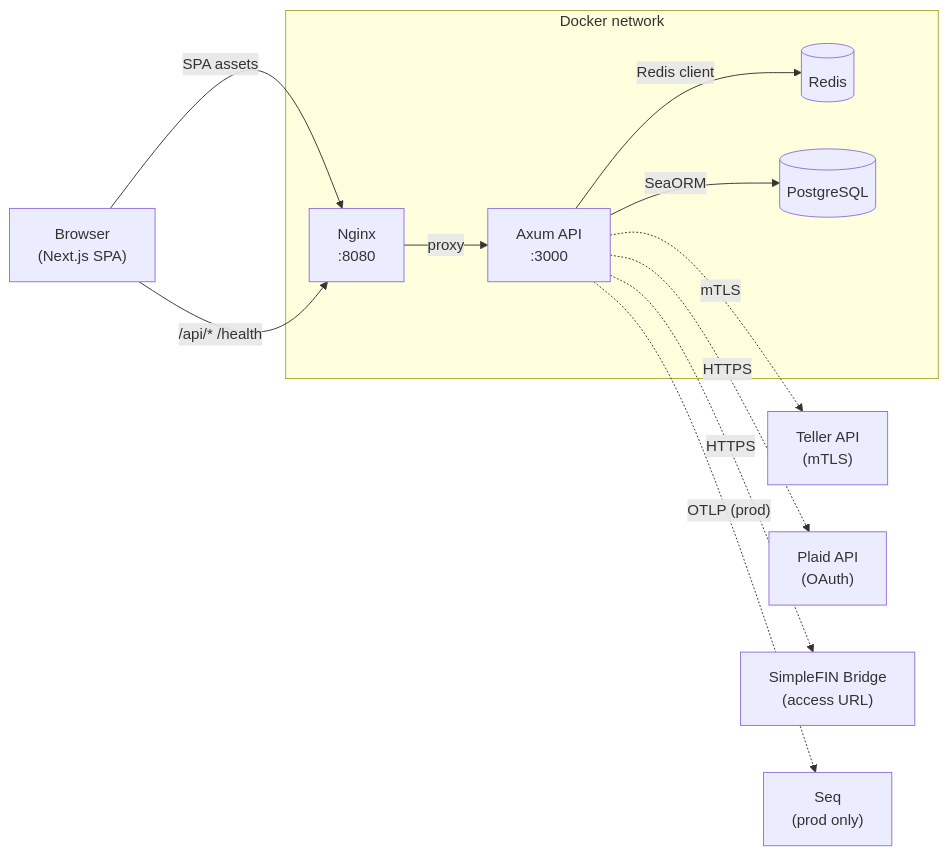
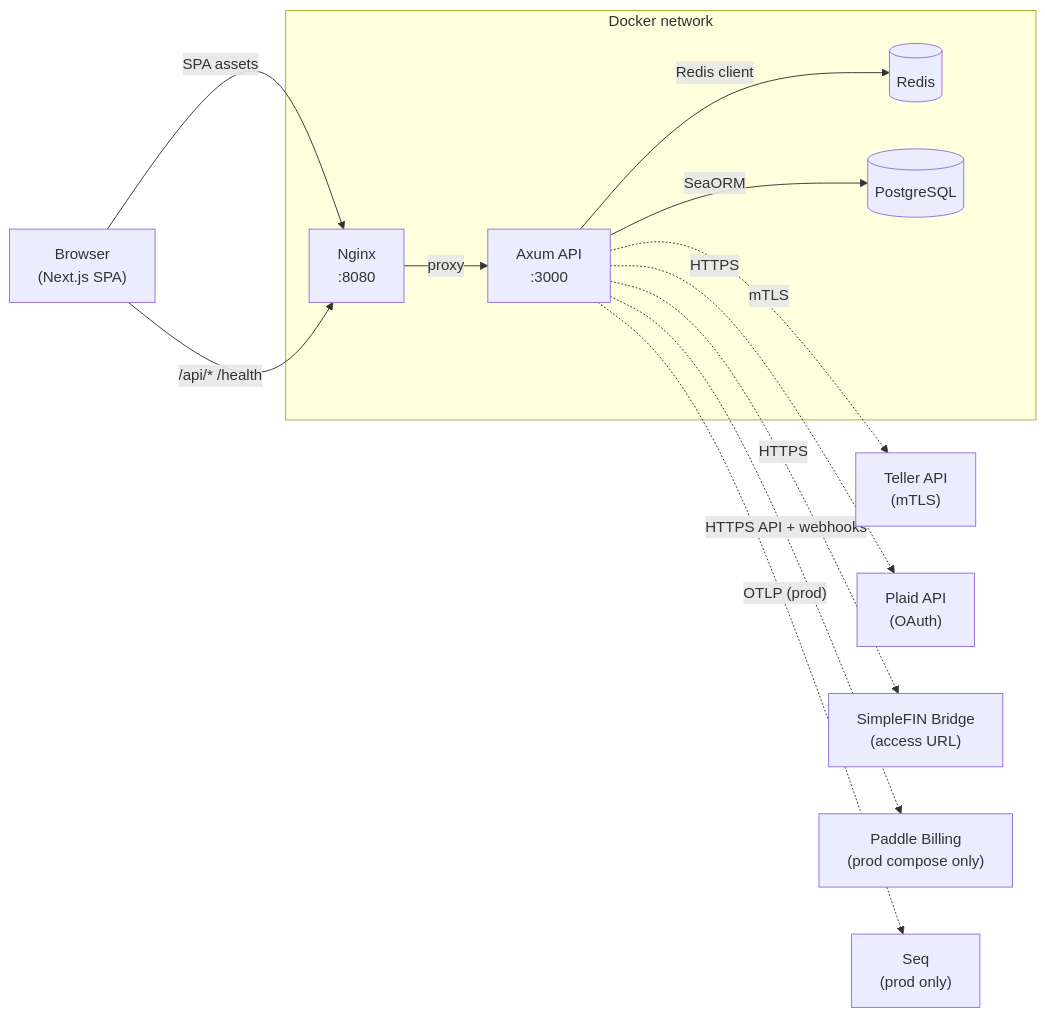
One commit to TwoBitFoundry/sumurai changed the first of 11 diagrams in docs/ARCHITECTURE.md. Above: the diagram before and after it, drawn with Mermaid. The commit also changed other lines of this file and 53 other files, not shown here.

Commit message:
feat: production Paddle billing and entitlement gates (#176)

````diff
--- a/docs/ARCHITECTURE.md
+++ b/docs/ARCHITECTURE.md
@@ -11,26 +11,28 @@
 ```mermaid
 flowchart LR
     Browser["Browser\n(Next.js SPA)"]
 
     subgraph "Docker network"
         Nginx["Nginx\n:8080"]
         Backend["Axum API\n:3000"]
         Redis[("Redis")]
         Postgres[("PostgreSQL")]
     end
 
     Teller["Teller API\n(mTLS)"]
     Plaid["Plaid API\n(OAuth)"]
     SimpleFIN["SimpleFIN Bridge\n(access URL)"]
+    Paddle["Paddle Billing\n(prod compose only)"]
     Seq["Seq\n(prod only)"]
 
     Browser -->|"SPA assets"| Nginx
     Browser -->|"/api/*  /health"| Nginx
     Nginx -->|"proxy"| Backend
     Backend -->|"SeaORM"| Postgres
     Backend -->|"Redis client"| Redis
     Backend -.->|"OTLP (prod)"| Seq
     Backend -.->|"mTLS"| Teller
     Backend -.->|"HTTPS"| Plaid
     Backend -.->|"HTTPS"| SimpleFIN
+    Backend -.->|"HTTPS API + webhooks"| Paddle
 ```
````
